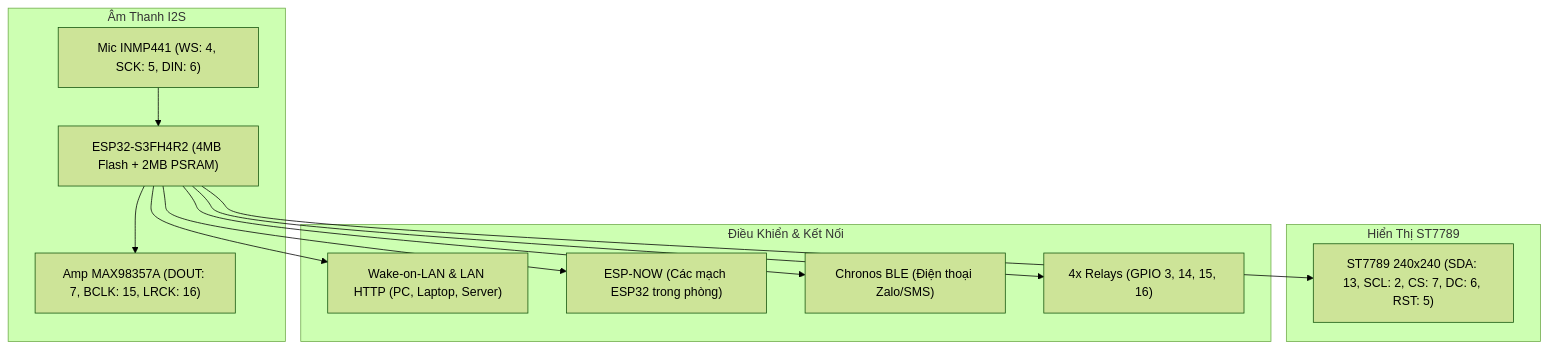
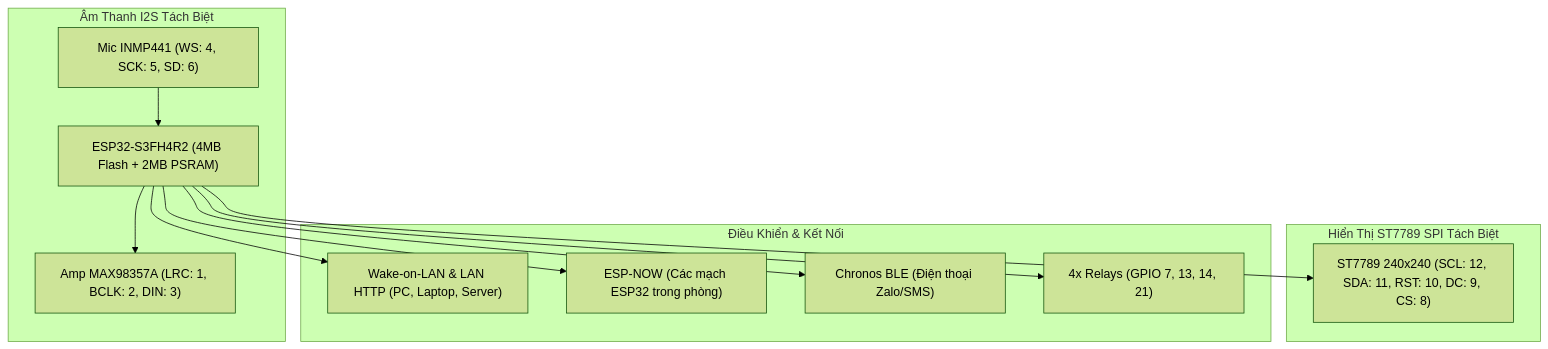
The diagram in README.md (Neito112/esp32-Ni-Oh-s3mn), drawn with Mermaid (forest theme) before and after one commit. The commit also changed other lines of this file and 8 other files, not shown here.

````diff
--- a/README.md
+++ b/README.md
@@ -36,20 +34,20 @@
 ```mermaid
 graph TD
     ESP["ESP32-S3FH4R2 (4MB Flash + 2MB PSRAM)"]
     
-    subgraph Audio [Âm Thanh I2S]
-        MIC["Mic INMP441 (WS: 4, SCK: 5, DIN: 6)"] --> ESP
-        ESP --> AMP["Amp MAX98357A (DOUT: 7, BCLK: 15, LRCK: 16)"]
+    subgraph Audio [Âm Thanh I2S Tách Biệt]
+        MIC["Mic INMP441 (WS: 4, SCK: 5, SD: 6)"] --> ESP
+        ESP --> AMP["Amp MAX98357A (LRC: 1, BCLK: 2, DIN: 3)"]
     end
     
-    subgraph Display [Hiển Thị ST7789]
-        ESP --> LCD["ST7789 240x240 (SDA: 13, SCL: 2, CS: 7, DC: 6, RST: 5)"]
+    subgraph Display [Hiển Thị ST7789 SPI Tách Biệt]
+        ESP --> LCD["ST7789 240x240 (SCL: 12, SDA: 11, RST: 10, DC: 9, CS: 8)"]
     end
 
     subgraph IoT [Điều Khiển & Kết Nối]
         ESP --> PC["Wake-on-LAN & LAN HTTP (PC, Laptop, Server)"]
         ESP --> EN["ESP-NOW (Các mạch ESP32 trong phòng)"]
         ESP --> BLE["Chronos BLE (Điện thoại Zalo/SMS)"]
-        ESP --> RL["4x Relays (GPIO 3, 14, 15, 16)"]
+        ESP --> RL["4x Relays (GPIO 7, 13, 14, 21)"]
     end
 ```
````
